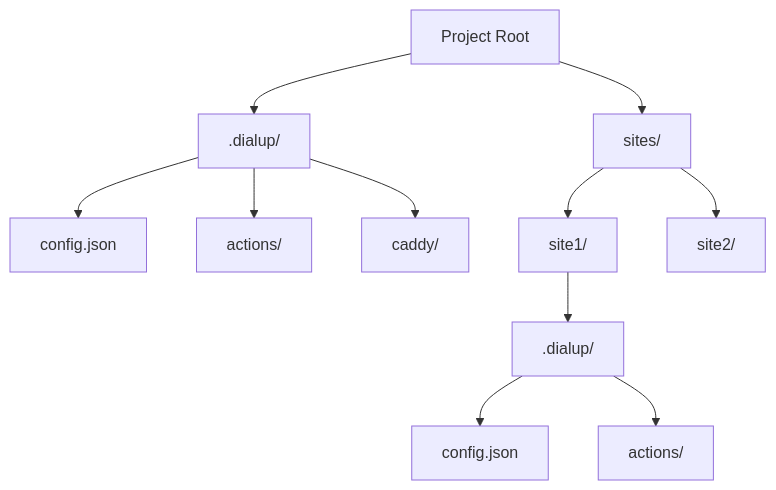
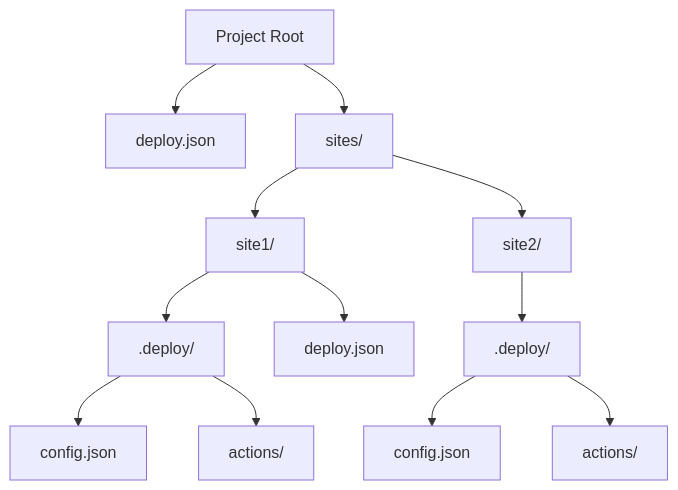
Before and after one commit to keithk/deploy: the first of 2 diagrams in docs/configuration.md, drawn with Mermaid. The commit also changed other lines of this file and 3 other files, not shown here.

````diff
--- a/docs/configuration.md
+++ b/docs/configuration.md
@@ -11,13 +11,14 @@
 ```mermaid
 graph TD
-    A[Project Root] --> B[.dialup/]
+    A[Project Root] --> B[deploy.json]
     A --> C[sites/]
-    B --> D[config.json]
-    B --> E[actions/]
-    B --> F[caddy/]
-    C --> G[site1/]
-    C --> H[site2/]
-    G --> I[.dialup/]
-    I --> J[config.json]
-    I --> K[actions/]
+    C --> D[site1/]
+    C --> E[site2/]
+    D --> F[.deploy/]
+    D --> G[deploy.json]
+    F --> H[config.json]
+    F --> I[actions/]
+    E --> J[.deploy/]
+    J --> K[config.json]
+    J --> L[actions/]
 ```
````
